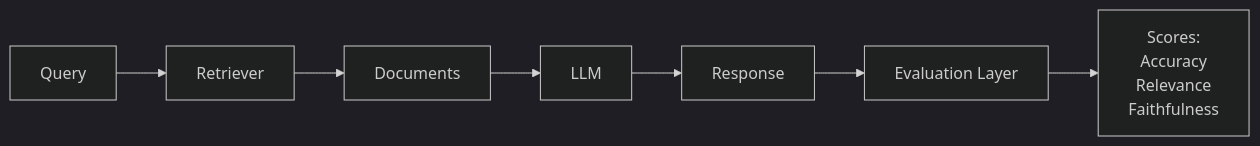
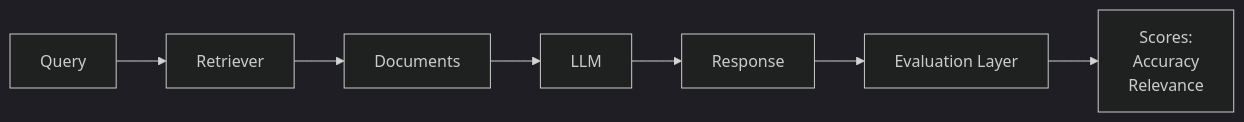
Before and after one commit to muhammadhasaan82/muhammadhasaan82: the diagram in README.md, drawn with Mermaid (dark theme). The commit also changed other lines of this file, not shown here.

First line of the commit message:
Update scores in the diagram by removing 'Faithfulness'

````diff
--- a/README.md
+++ b/README.md
@@ -179,9 +185,9 @@
 ```mermaid
 graph LR
 A[Query] --> B[Retriever]
 B --> C[Documents]
 C --> D[LLM]
 D --> E[Response]
 E --> F[Evaluation Layer]
-F --> G[Scores:<br>Accuracy<br>Relevance<br>Faithfulness]
+F --> G[Scores:<br>Accuracy<br>Relevance]
 ```
````
